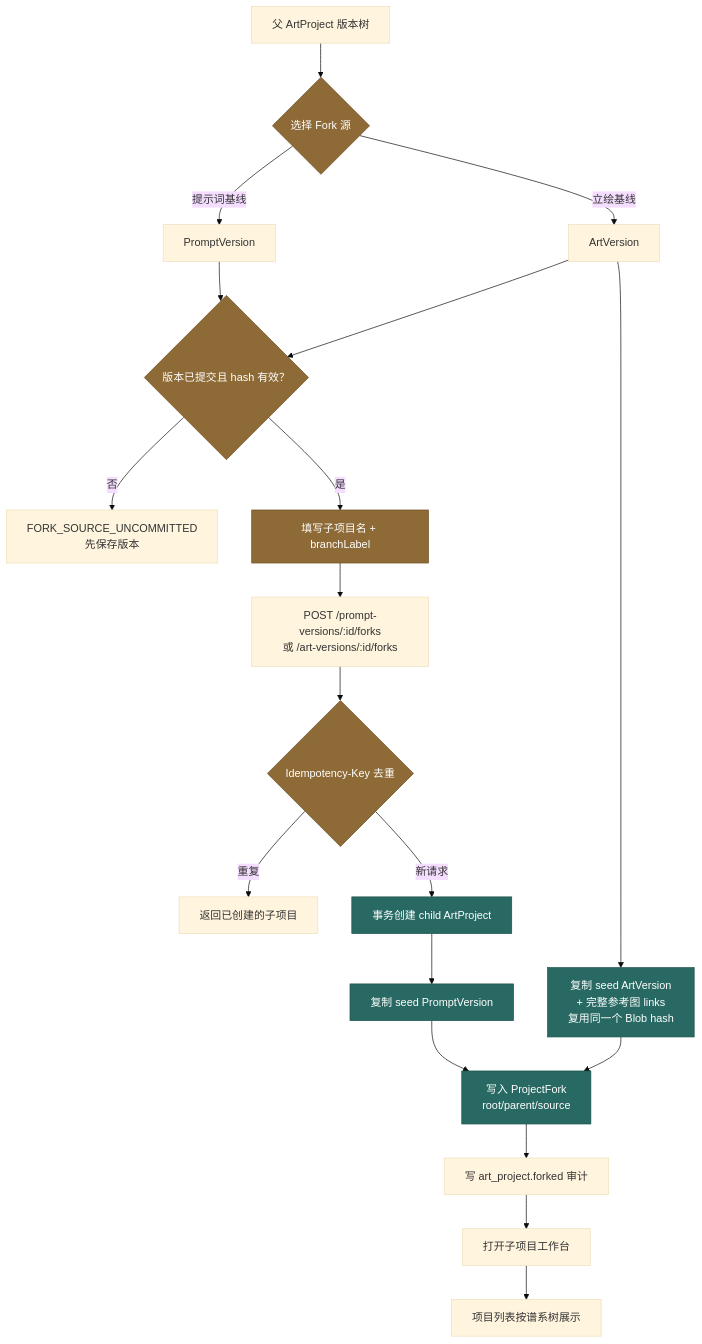
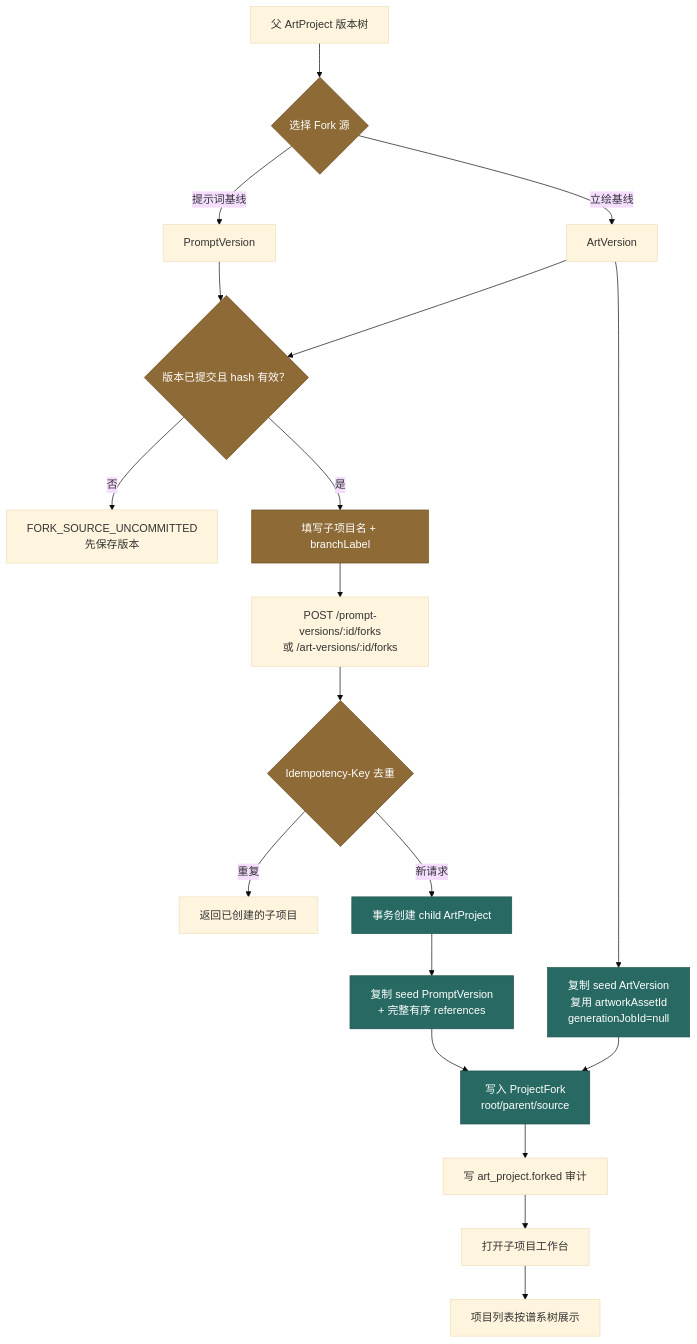
The fifth of 21 diagrams in docs/architecture/2026-11-08-stage-workflows.md (fupingyezi/agent2live), drawn with Mermaid (base theme) before and after one commit. The commit also changed other lines of this file and 3 other files, not shown here.

Commit message:
docs: update architecture docs

````diff
--- a/docs/architecture/2026-11-08-stage-workflows.md
+++ b/docs/architecture/2026-11-08-stage-workflows.md
@@ -196,26 +196,26 @@
 ```mermaid
 flowchart TD
   A["父 ArtProject 版本树"] --> B{"选择 Fork 源"}
   B -->|提示词基线| C["PromptVersion"]
   B -->|立绘基线| D["ArtVersion"]
   C --> E{"版本已提交且 hash 有效？"}
   D --> E
   E -->|否| E1["FORK_SOURCE_UNCOMMITTED<br/>先保存版本"]
   E -->|是| F["填写子项目名 + branchLabel"]
   F --> G["POST /prompt-versions/:id/forks<br/>或 /art-versions/:id/forks"]
   G --> H{"Idempotency-Key 去重"}
   H -->|重复| I["返回已创建的子项目"]
   H -->|新请求| J["事务创建 child ArtProject"]
-  J --> K["复制 seed PromptVersion"]
-  D --> L["复制 seed ArtVersion<br/>+ 完整参考图 links<br/>复用同一个 Blob hash"]
+  J --> K["复制 seed PromptVersion<br/>+ 完整有序 references"]
+  D --> L["复制 seed ArtVersion<br/>复用 artworkAssetId<br/>generationJobId=null"]
   K --> M["写入 ProjectFork<br/>root/parent/source"]
   L --> M
   M --> N["写 art_project.forked 审计"]
   N --> O["打开子项目工作台"]
   O --> P["项目列表按谱系树展示"]
 
   classDef gate fill:#8d6a36,color:#fff,stroke:#6d4f24;
   classDef artifact fill:#286a63,color:#fff,stroke:#1d514b;
   class B,E,F,H gate;
   class J,K,L,M artifact;
 ```
````
